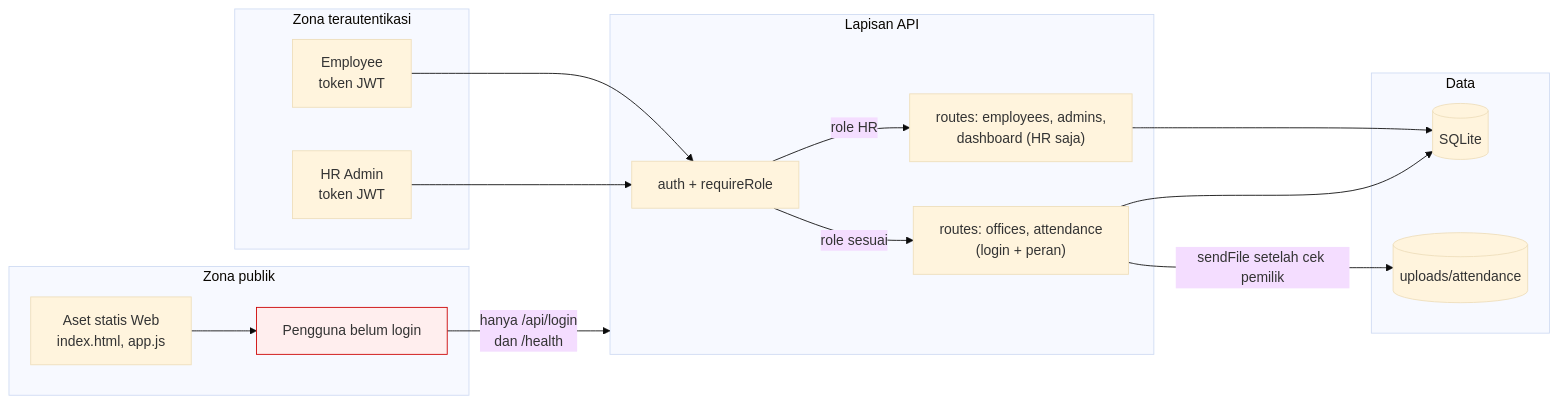
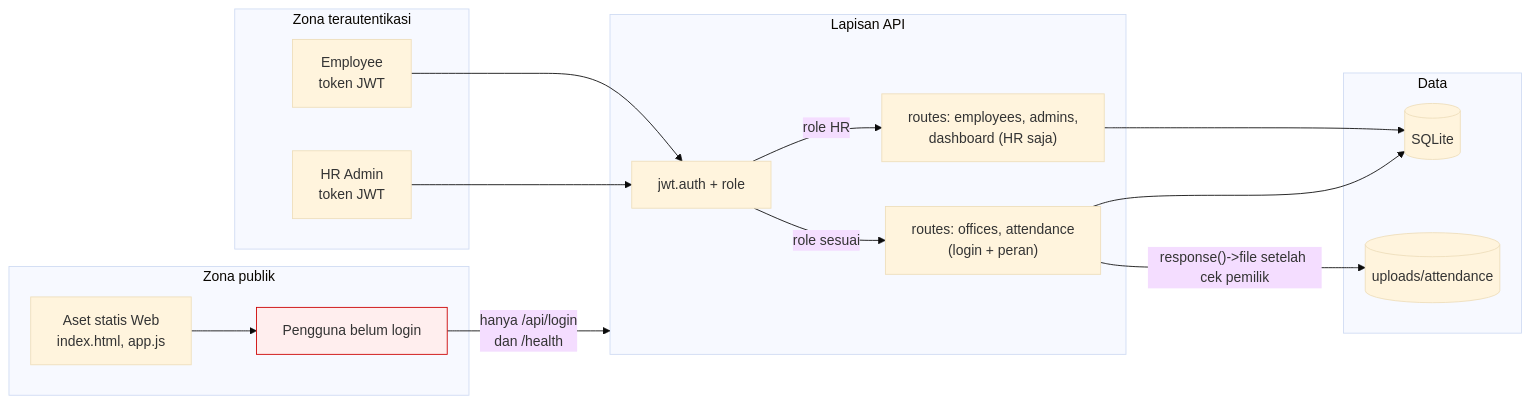
One commit to faizmarwan2/Project1 changed the diagram in docs/project-a/16-Security-Test-Checklist.md. Above: the diagram before and after it, drawn with Mermaid (base theme). The commit also changed other lines of this file and 20 other files, not shown here.

````diff
--- a/docs/project-a/16-Security-Test-Checklist.md
+++ b/docs/project-a/16-Security-Test-Checklist.md
@@ -32,36 +33,36 @@
 ```mermaid
 flowchart LR
     subgraph PUB["Zona publik"]
         ANON["Pengguna belum login"]
         WEB["Aset statis Web<br/>index.html, app.js"]
     end
 
     subgraph AUTH["Zona terautentikasi"]
         EMP["Employee<br/>token JWT"]
         HR["HR Admin<br/>token JWT"]
     end
 
     subgraph API["Lapisan API"]
-        MW["auth + requireRole"]
+        MW["jwt.auth + role"]
         R1["routes: employees, admins,<br/>dashboard (HR saja)"]
         R2["routes: offices, attendance<br/>(login + peran)"]
     end
 
     subgraph DATA["Data"]
         DB[("SQLite")]
         FS[("uploads/attendance")]
     end
 
     ANON -->|"hanya /api/login<br/>dan /health"| API
     WEB --> ANON
     EMP --> MW
     HR --> MW
     MW -->|"role HR"| R1
     MW -->|"role sesuai"| R2
     R1 --> DB
     R2 --> DB
-    R2 -->|"sendFile setelah cek pemilik"| FS
+    R2 -->|"response()->file setelah cek pemilik"| FS
 
     classDef danger fill:#fee,stroke:#c00
     class ANON danger
 ```
````
